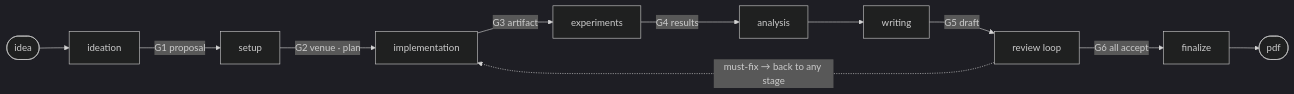
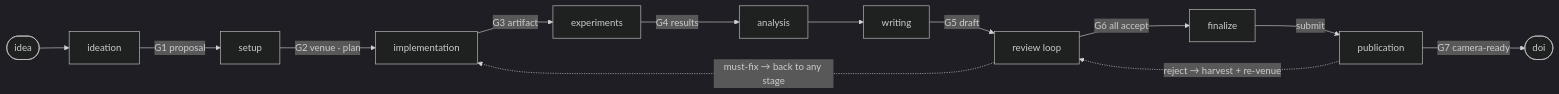
One commit to zyx1121/paper-generator changed the diagram in README.md. Above: the diagram before and after it, drawn with Mermaid (dark theme). The commit also changed other lines of this file and 3 other files, not shown here.

First line of the commit message:
feat: Stage 9 publication — rebuttal, revision, resubmission, camera-ready (v0.5.0)

````diff
--- a/README.md
+++ b/README.md
@@ -58,13 +60,15 @@
 ```mermaid
 flowchart LR
     idea([idea]) --> ideation
     ideation -->|"G1 proposal"| setup
     setup -->|"G2 venue · plan"| implementation
     implementation -->|"G3 artifact"| experiments
     experiments -->|"G4 results"| analysis
     analysis --> writing
     writing -->|"G5 draft"| review["review loop"]
     review -->|"G6 all accept"| finalize
-    finalize --> pdf([pdf])
+    finalize -->|submit| publication
+    publication -->|"G7 camera-ready"| pdf([doi])
     review -.->|"must-fix → back to any stage"| implementation
+    publication -.->|"reject → harvest + re-venue"| review
 ```
````
